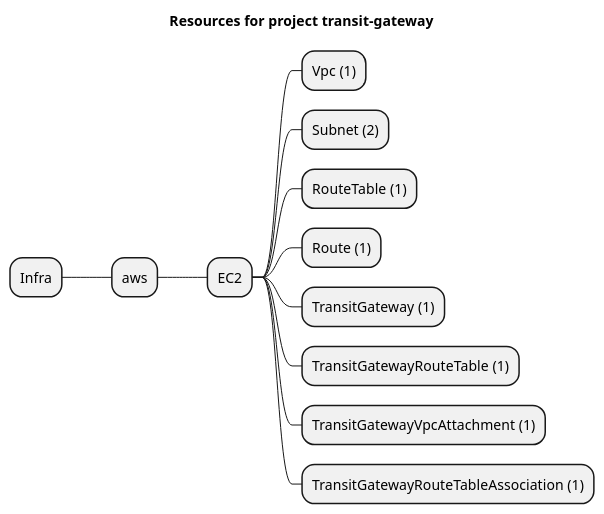
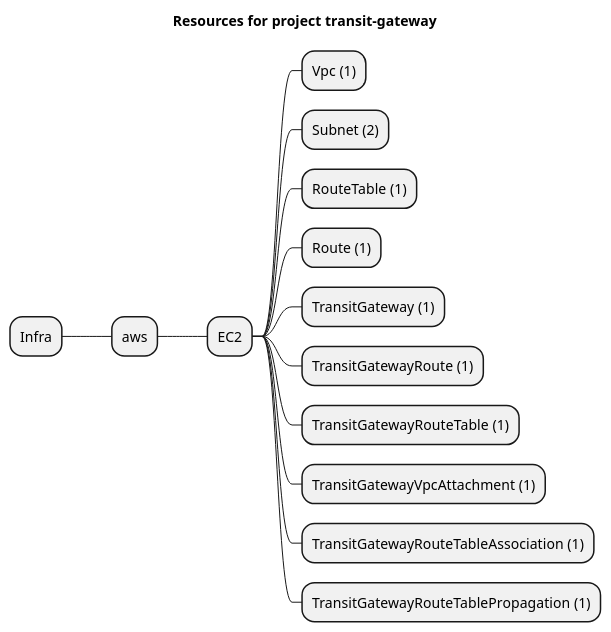
Before and after one commit to grucloud/grucloud: the diagram in examples/aws/EC2/transit-gateway/artifacts/resources-mindmap.puml, drawn with PlantUML. The commit also changed 21 other files, not shown here.

Commit message:
TransitGatewayRouteTablePropagation and TransitGatewayRoute

```diff
--- a/examples/aws/EC2/transit-gateway/artifacts/resources-mindmap.puml
+++ b/examples/aws/EC2/transit-gateway/artifacts/resources-mindmap.puml
@@ -1,15 +1,17 @@
 @startmindmap
 title Resources for project transit-gateway
 skinparam monochrome true
 + Infra
 ++ aws
 +++ EC2
 ++++ Vpc (1)
 ++++ Subnet (2)
 ++++ RouteTable (1)
 ++++ Route (1)
 ++++ TransitGateway (1)
+++++ TransitGatewayRoute (1)
 ++++ TransitGatewayRouteTable (1)
 ++++ TransitGatewayVpcAttachment (1)
 ++++ TransitGatewayRouteTableAssociation (1)
+++++ TransitGatewayRouteTablePropagation (1)
 @endmindmap
```
